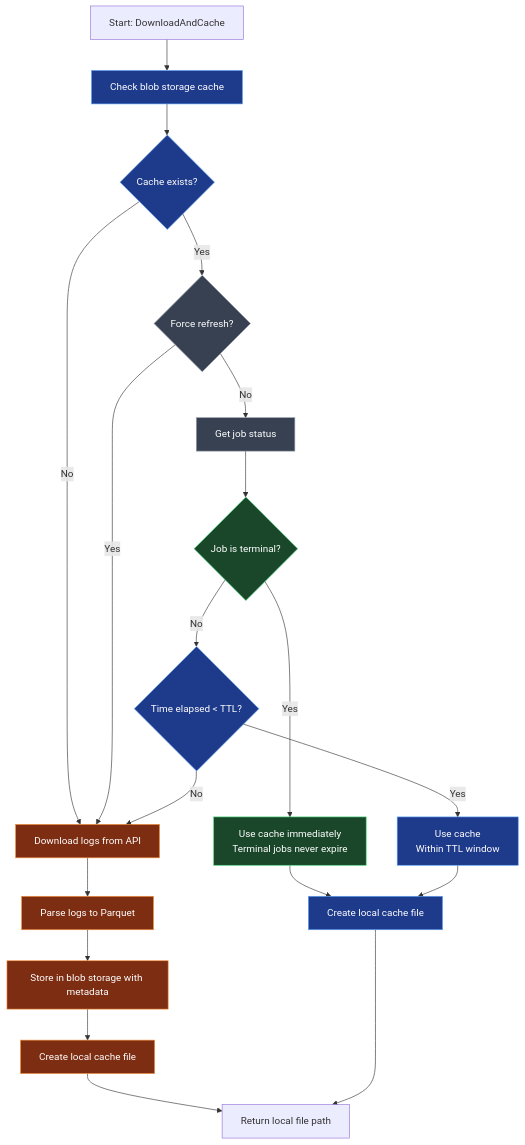
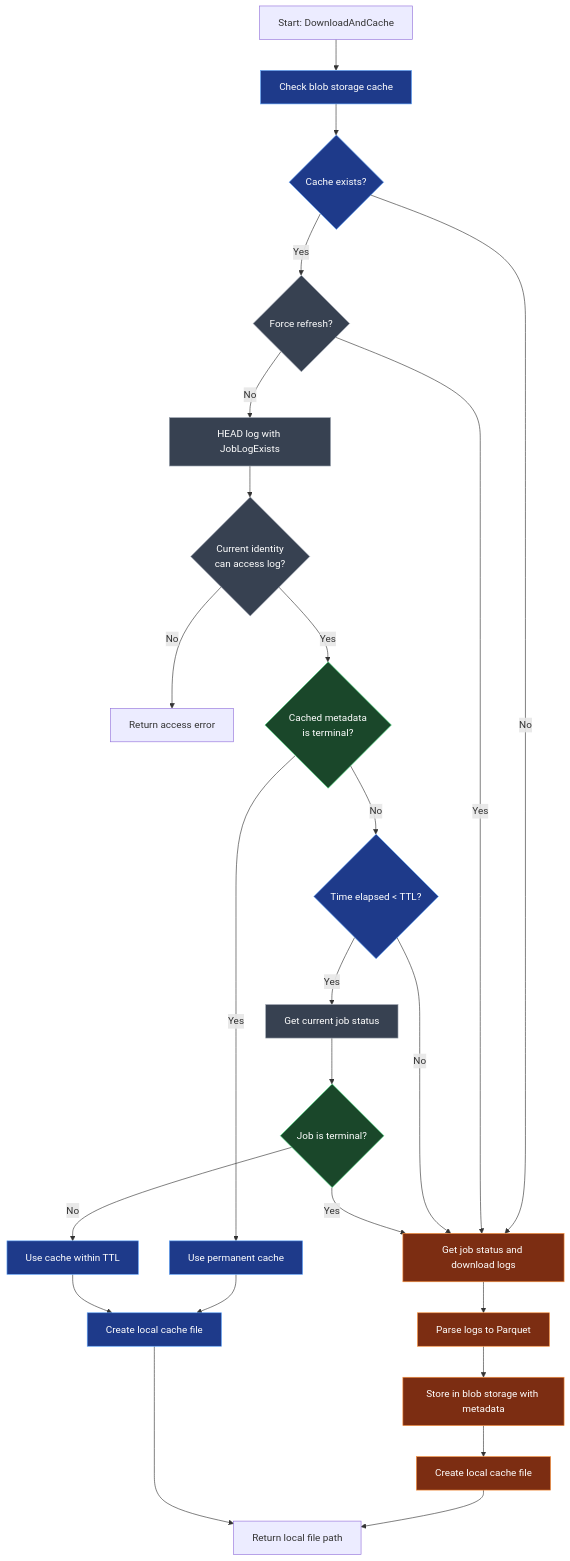
Before and after one commit to buildkite/buildkite-logs: the diagram in README.md, drawn with Mermaid. The commit also changed other lines of this file and 10 other files, not shown here.

First line of the commit message:
feat: validate access before serving cached logs

````diff
--- a/README.md
+++ b/README.md
@@ -796,31 +818,36 @@
 ```mermaid
 flowchart TD
     A[Start: DownloadAndCache] --> B[Check blob storage cache]
     B --> C{Cache exists?}
-    C -->|No| H[Download logs from API]
+    C -->|No| H[Get job status and download logs]
     C -->|Yes| D{Force refresh?}
     D -->|Yes| H
-    D -->|No| E[Get job status]
-    E --> F{Job is terminal?}
-    F -->|Yes| G[Use cache immediately<br/>Terminal jobs never expire]
-    F -->|No| I{Time elapsed < TTL?}
-    I -->|Yes| J[Use cache<br/>Within TTL window]
+    D -->|No| E[HEAD log with JobLogExists]
+    E --> F{Current identity<br/>can access log?}
+    F -->|No| X[Return access error]
+    F -->|Yes| G{Cached metadata<br/>is terminal?}
+    G -->|Yes| T[Use permanent cache]
+    G -->|No| I{Time elapsed < TTL?}
     I -->|No| H
+    I -->|Yes| P[Get current job status]
+    P --> Q{Job is terminal?}
+    Q -->|Yes| H
+    Q -->|No| J[Use cache within TTL]
     H --> K[Parse logs to Parquet]
     K --> L[Store in blob storage with metadata]
     L --> M[Create local cache file]
-    G --> N[Create local cache file]
+    T --> N[Create local cache file]
     J --> N
     M --> O[Return local file path]
     N --> O
 
     classDef terminal fill:#1a472a,stroke:#4ade80,color:#ffffff
     classDef cache fill:#1e3a8a,stroke:#60a5fa,color:#ffffff
     classDef download fill:#7c2d12,stroke:#fb923c,color:#ffffff
     classDef decision fill:#374151,stroke:#9ca3af,color:#ffffff
 
-    class G,F terminal
-    class B,C,I,J,N cache
+    class G,Q terminal
+    class B,C,I,J,T,N cache
     class H,K,L,M download
-    class D,E decision
+    class D,E,F,P decision
 ```
````
